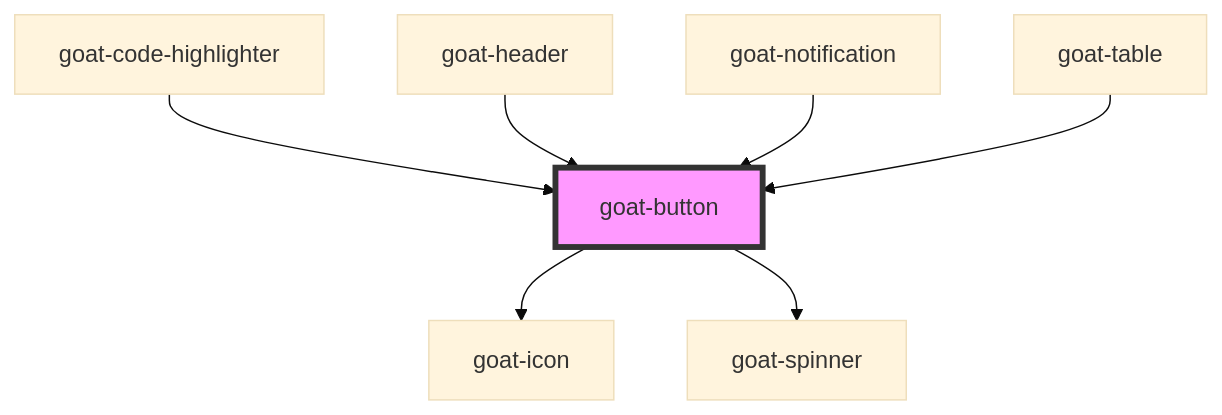
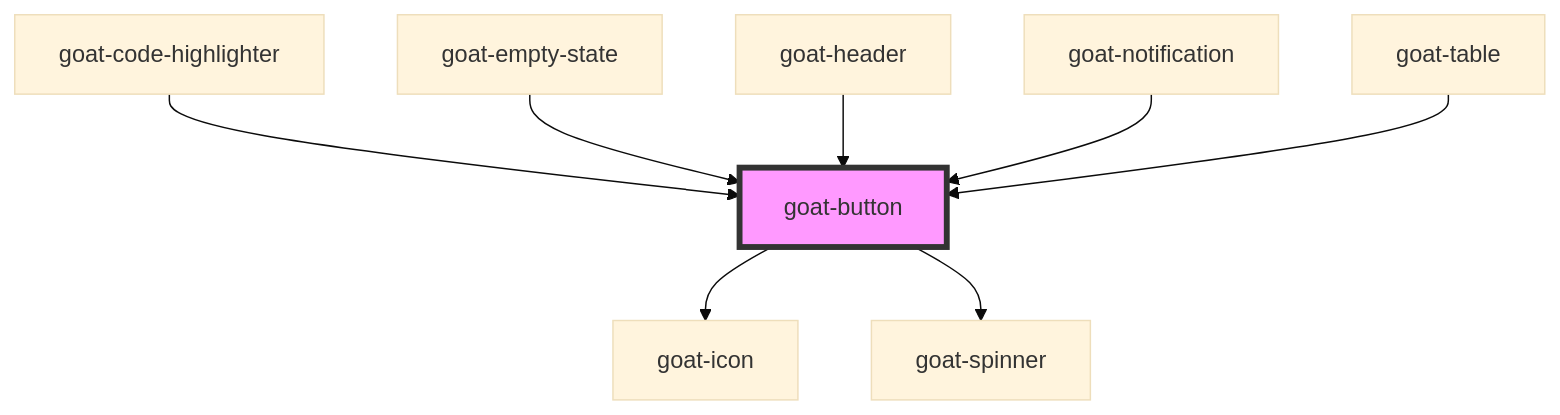
One commit to goatui/components changed the diagram in src/components/controls/button/readme.md. Above: the diagram before and after it, drawn with Mermaid (base theme). The commit also changed other lines of this file and 163 other files, not shown here.

````diff
--- a/src/components/controls/button/readme.md
+++ b/src/components/controls/button/readme.md
@@ -71,10 +72,11 @@
 ```mermaid
 graph TD;
   goat-button --> goat-icon
   goat-button --> goat-spinner
   goat-code-highlighter --> goat-button
+  goat-empty-state --> goat-button
   goat-header --> goat-button
   goat-notification --> goat-button
   goat-table --> goat-button
   style goat-button fill:#f9f,stroke:#333,stroke-width:4px
 ```
````
